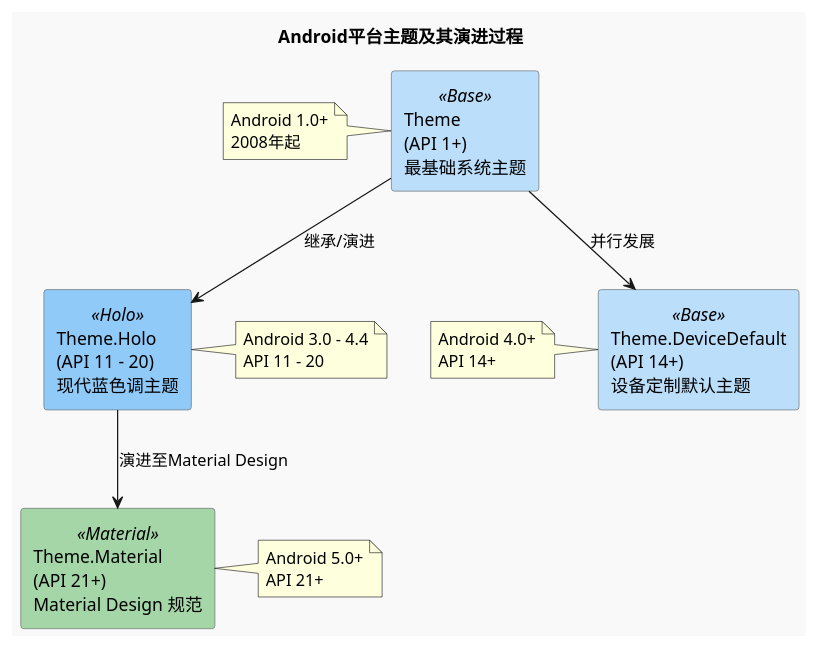
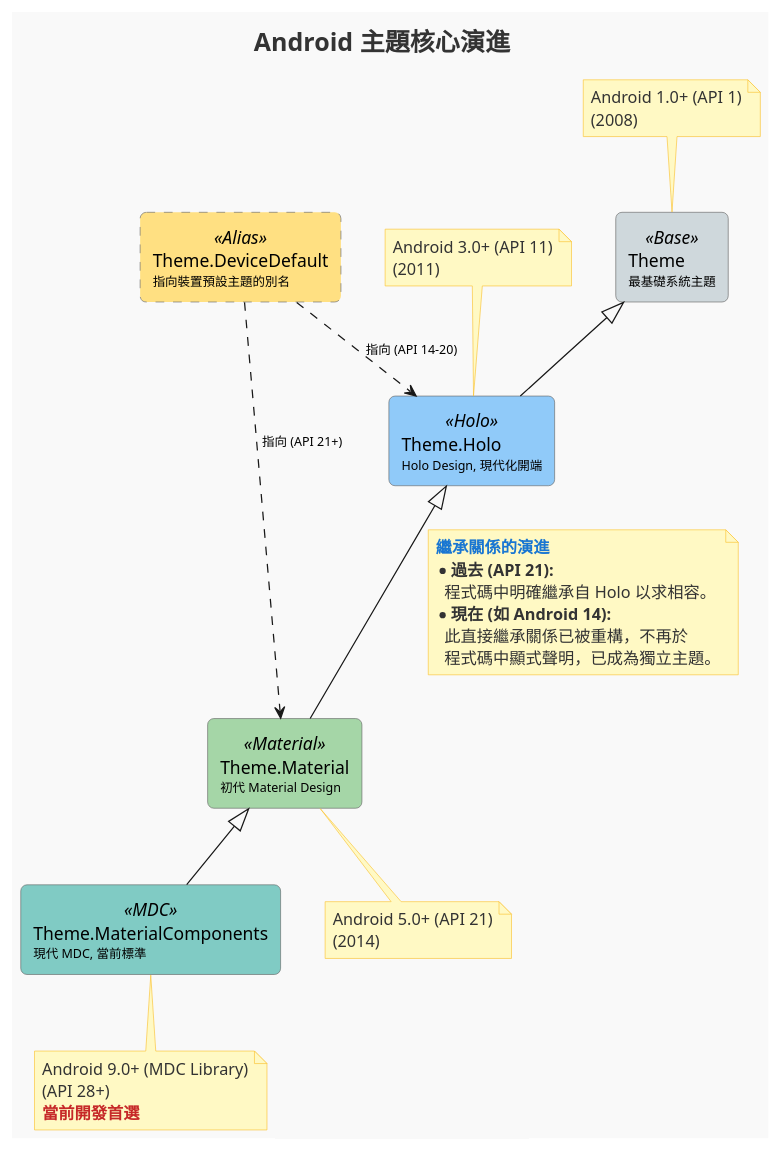
Before and after one commit to Ethen-Cao/ethenslab: the diagram in static/images/plantuml/platform-theme.puml, drawn with PlantUML. The commit also changed 16 other files, not shown here.

```diff
--- a/static/images/plantuml/platform-theme.puml
+++ b/static/images/plantuml/platform-theme.puml
@@ -1,48 +1,106 @@
 @startuml
+' === Style Configuration ===
 skinparam backgroundColor #F9F9F9
 skinparam shadowing false
+skinparam title {
+  FontColor #333333
+  FontSize 20
+  FontName "Verdana"
+}
 skinparam rectangle {
-  BackgroundColor<<Base>> #BBDEFB
-  BackgroundColor<<Holo>> #90CAF9
-  BackgroundColor<<Material>> #A5D6A7
   BorderColor #666666
   FontColor #000000
+  RoundCorner 10
 }
+skinparam stereotype {
+  FontColor #FFFFFF
+  BorderColor #555555
+  FontSize 10
+  FontName "Verdana"
+}
+skinparam rectangle<<Base>> {
+  BackgroundColor #CFD8DC
+  StereotypeFontColor #000000
+}
+skinparam rectangle<<Holo>> {
+  BackgroundColor #90CAF9
+}
+skinparam rectangle<<Material>> {
+  BackgroundColor #A5D6A7
+}
+skinparam rectangle<<MDC>> {
+  BackgroundColor #80CBC4
+  StereotypeFontColor #000000
+}
+skinparam rectangle<<Alias>> {
+  BackgroundColor #FFE082
+  BorderStyle dashed
+  StereotypeFontColor #000000
+}
+skinparam note {
+  BackgroundColor #FFF9C4
+  BorderColor #FBC02D
+  FontColor #333333
+}
+' skinparam note on link {
+'   BackgroundColor #FFFFFF
+'   BorderColor #42A5F5
+' }
 
-title Android平台主题及其演进过程
+title Android 主題核心演進
 
-rectangle "Theme\n(API 1+)\n最基础系统主题" <<Base>> as Theme_Base
+' === Core Theme Definitions (Corrected Stereotype Syntax) ===
+rectangle "Theme\n<size:10>最基礎系統主題" <<Base>> as Theme_Base
 
-rectangle "Theme.Holo\n(API 11 - 20)\n现代蓝色调主题" <<Holo>> as Theme_Holo
+rectangle "Theme.Holo\n<size:10>Holo Design, 現代化開端" <<Holo>> as Theme_Holo
 
-rectangle "Theme.Material\n(API 21+)\nMaterial Design 规范" <<Material>> as Theme_Material
+rectangle "Theme.Material\n<size:10>初代 Material Design" <<Material>> as Theme_Material
 
-rectangle "Theme.DeviceDefault\n(API 14+)\n设备定制默认主题" <<Base>> as Theme_DeviceDefault
+rectangle "Theme.MaterialComponents\n<size:10>現代 MDC, 當前標準" <<MDC>> as Theme_MDC
 
-' 继承关系，表示演进顺序
-Theme_Base --> Theme_Holo : 继承/演进
-Theme_Holo --> Theme_Material : 演进至Material Design
-Theme_Base --> Theme_DeviceDefault : 并行发展
+rectangle "Theme.DeviceDefault\n<size:10>指向裝置預設主題的別名" <<Alias>> as Theme_DeviceDefault
 
-' 标注版本信息
-note left of Theme_Base
-  Android 1.0+
-  2008年起
+
+' === Core Inheritance Chain ===
+Theme_Base <|-- Theme_Holo
+Theme_Material <|-- Theme_MDC
+
+' --- The Evolved Relationship ---
+Theme_Holo <|-- Theme_Material
+note on link
+  <b><color:#1976D2>繼承關係的演進</color></b>
+  * <b>過去 (API 21):</b>
+    程式碼中明確繼承自 Holo 以求相容。
+  * <b>現在 (如 Android 14):</b>
+    此直接繼承關係已被重構，不再於
+    程式碼中顯式聲明，已成為獨立主題。
 end note
 
-note right of Theme_Holo
-  Android 3.0 - 4.4
-  API 11 - 20
+
+' === DeviceDefault Alias Logic ===
+Theme_DeviceDefault ..> Theme_Holo : <size:10>指向 (API 14-20)
+Theme_DeviceDefault ..> Theme_Material : <size:10>指向 (API 21+)
+
+' === Version & API Level Notes ===
+note top of Theme_Base
+  Android 1.0+ (API 1)
+  (2008)
 end note
 
-note right of Theme_Material
-  Android 5.0+
-  API 21+
+note top of Theme_Holo
+  Android 3.0+ (API 11)
+  (2011)
 end note
 
-note left of Theme_DeviceDefault
-  Android 4.0+
-  API 14+
+note bottom of Theme_Material
+  Android 5.0+ (API 21)
+  (2014)
+end note
+
+note bottom of Theme_MDC
+  Android 9.0+ (MDC Library)
+  (API 28+)
+  <b><color:#C62828>當前開發首選</color></b>
 end note
 
 @enduml
```
